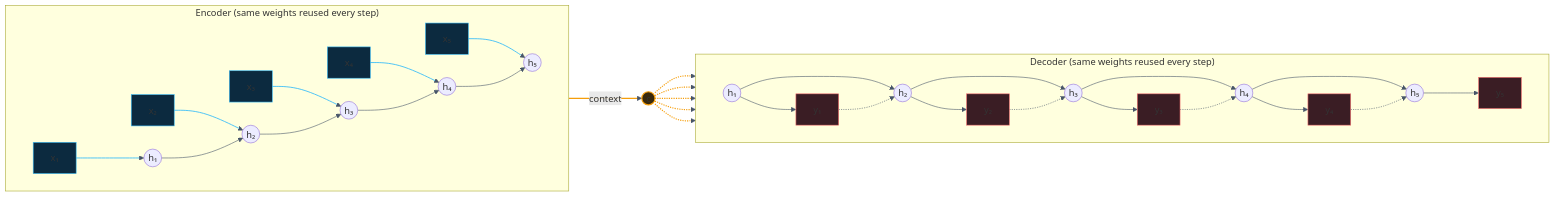
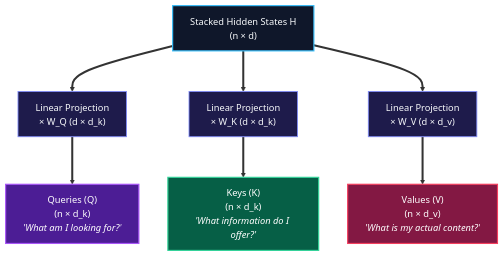
The third of 5 diagrams in _posts/2026-05-02-attention.md (namtiw/namtiw.github.io), drawn with Mermaid before and after one commit. The commit also changed other lines of this file, not shown here.

Commit message:
diagram improvement and add Optimiser intro

```diff
--- a/_posts/2026-05-02-attention.md
+++ b/_posts/2026-05-02-attention.md
@@ -139,42 +264,30 @@
 <pre class="mermaid">
-%%{init: {"flowchart": {"nodeSpacing": 40, "rankSpacing": 70}}}%%
-flowchart LR
-  subgraph ENC["Encoder (same weights reused every step)"]
-    direction LR
-    X1["x₁"] --> H1(("h₁"))
-    X2["x₂"] --> H2(("h₂"))
-    X3["x₃"] --> H3(("h₃"))
-    X4["x₄"] --> H4(("h₄"))
-    X5["x₅"] --> H5(("h₅"))
-    H1 --> H2 --> H3 --> H4 --> H5
-  end
-  H5 -- "context" --> C(("c"))
-  subgraph DEC["Decoder (same weights reused every step)"]
-    direction LR
-    D1(("h₁")) --> D2(("h₂")) --> D3(("h₃")) --> D4(("h₄")) --> D5(("h₅"))
-    D1 --> Y1["y₁"]
-    D2 --> Y2["y₂"]
-    D3 --> Y3["y₃"]
-    D4 --> Y4["y₄"]
-    D5 --> Y5["y₅"]
-    Y1 -.-> D2
-    Y2 -.-> D3
-    Y3 -.-> D4
-    Y4 -.-> D5
-  end
-  C -.-> D1
-  C -.-> D2
-  C -.-> D3
-  C -.-> D4
-  C -.-> D5
-  classDef inp fill:#0C2A3F,stroke:#38BDF8
-  classDef outp fill:#3A1D24,stroke:#F87171
-  classDef focus fill:#3A2A0C,stroke:#F59E0B,stroke-width:2px
-  class X1,X2,X3,X4,X5 inp
-  class Y1,Y2,Y3,Y4,Y5 outp
-  class C focus
-  linkStyle default stroke:#475569,stroke-width:1px
-  linkStyle 0,1,2,3,4 stroke:#38BDF8,stroke-width:1.5px
-  linkStyle 9 stroke:#F59E0B,stroke-width:2px
-  linkStyle 23,24,25,26,27 stroke:#F59E0B,stroke-width:2px
+%%{init: {"flowchart": {"nodeSpacing": 50, "rankSpacing": 70}}}%%
+flowchart TD
+  H["Stacked Hidden States H<br/>(n × d)"]
+
+  WQ["Linear Projection<br/>× W_Q (d × d_k)"]
+  WK["Linear Projection<br/>× W_K (d × d_k)"]
+  WV["Linear Projection<br/>× W_V (d × d_v)"]
+
+  Q["Queries (Q)<br/>(n × d_k)<br/><i>'What am I looking for?'</i>"]
+  K["Keys (K)<br/>(n × d_k)<br/><i>'What information do I offer?'</i>"]
+  V["Values (V)<br/>(n × d_v)<br/><i>'What is my actual content?'</i>"]
+
+  H ==> WQ ==> Q
+  H ==> WK ==> K
+  H ==> WV ==> V
+
+  %% Styling
+  classDef inputMat fill:#0f172a,stroke:#38bdf8,stroke-width:2px,color:#f8fafc
+  classDef weightMat fill:#1e1b4b,stroke:#818cf8,stroke-width:1.5px,color:#f8fafc
+  classDef queryMat fill:#4c1d95,stroke:#a855f7,stroke-width:2px,color:#fff
+  classDef keyMat fill:#065f46,stroke:#34d399,stroke-width:2px,color:#fff
+  classDef valueMat fill:#831843,stroke:#f43f5e,stroke-width:2px,color:#fff
+
+  class H inputMat
+  class WQ,WK,WV weightMat
+  class Q queryMat
+  class K keyMat
+  class V valueMat
 </pre>
```
